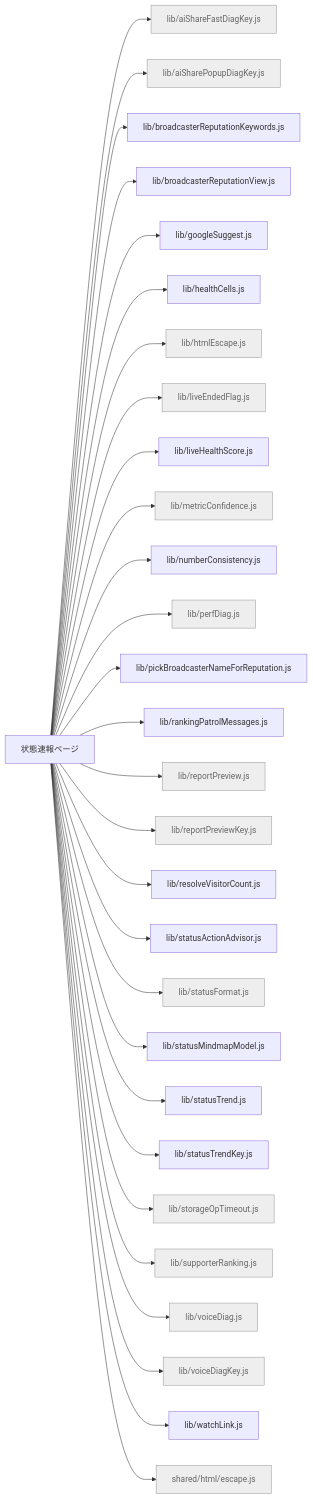
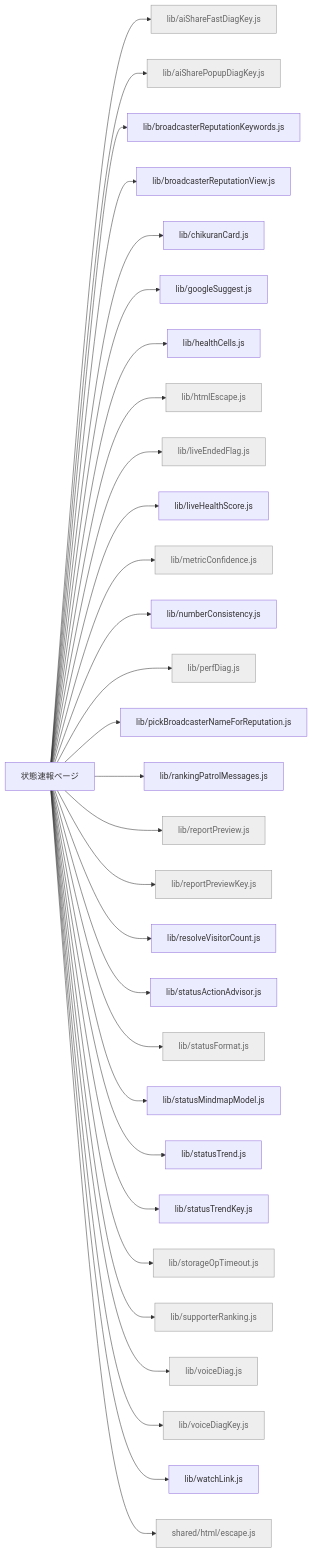
The diagram in docs/feature-map/status.md (kimito-link/tsuioku-no-kirameki.com), drawn with Mermaid before and after one commit. The commit also changed 17 other files, not shown here.

````diff
--- a/docs/feature-map/status.md
+++ b/docs/feature-map/status.md
@@ -13,33 +13,34 @@
 ```mermaid
 graph LR
   n_status["状態速報ページ"]
   n_status --> n_src_lib_aiShareFastDiagKey_js["lib/aiShareFastDiagKey.js"]:::shared
   n_status --> n_src_lib_aiSharePopupDiagKey_js["lib/aiSharePopupDiagKey.js"]:::shared
   n_status --> n_src_lib_broadcasterReputationKeywords_js["lib/broadcasterReputationKeywords.js"]
   n_status --> n_src_lib_broadcasterReputationView_js["lib/broadcasterReputationView.js"]
+  n_status --> n_src_lib_chikuranCard_js["lib/chikuranCard.js"]
   n_status --> n_src_lib_googleSuggest_js["lib/googleSuggest.js"]
   n_status --> n_src_lib_healthCells_js["lib/healthCells.js"]
   n_status --> n_src_lib_htmlEscape_js["lib/htmlEscape.js"]:::shared
   n_status --> n_src_lib_liveEndedFlag_js["lib/liveEndedFlag.js"]:::shared
   n_status --> n_src_lib_liveHealthScore_js["lib/liveHealthScore.js"]
   n_status --> n_src_lib_metricConfidence_js["lib/metricConfidence.js"]:::shared
   n_status --> n_src_lib_numberConsistency_js["lib/numberConsistency.js"]
   n_status --> n_src_lib_perfDiag_js["lib/perfDiag.js"]:::shared
   n_status --> n_src_lib_pickBroadcasterNameForReputation_js["lib/pickBroadcasterNameForReputation.js"]
   n_status --> n_src_lib_rankingPatrolMessages_js["lib/rankingPatrolMessages.js"]
   n_status --> n_src_lib_reportPreview_js["lib/reportPreview.js"]:::shared
   n_status --> n_src_lib_reportPreviewKey_js["lib/reportPreviewKey.js"]:::shared
   n_status --> n_src_lib_resolveVisitorCount_js["lib/resolveVisitorCount.js"]
   n_status --> n_src_lib_statusActionAdvisor_js["lib/statusActionAdvisor.js"]
   n_status --> n_src_lib_statusFormat_js["lib/statusFormat.js"]:::shared
   n_status --> n_src_lib_statusMindmapModel_js["lib/statusMindmapModel.js"]
   n_status --> n_src_lib_statusTrend_js["lib/statusTrend.js"]
   n_status --> n_src_lib_statusTrendKey_js["lib/statusTrendKey.js"]
   n_status --> n_src_lib_storageOpTimeout_js["lib/storageOpTimeout.js"]:::shared
   n_status --> n_src_lib_supporterRanking_js["lib/supporterRanking.js"]:::shared
   n_status --> n_src_lib_voiceDiag_js["lib/voiceDiag.js"]:::shared
   n_status --> n_src_lib_voiceDiagKey_js["lib/voiceDiagKey.js"]:::shared
   n_status --> n_src_lib_watchLink_js["lib/watchLink.js"]
   n_status --> n_src_shared_html_escape_js["shared/html/escape.js"]:::shared
   classDef shared fill:#eee,stroke:#999,color:#666;
 ```
````
